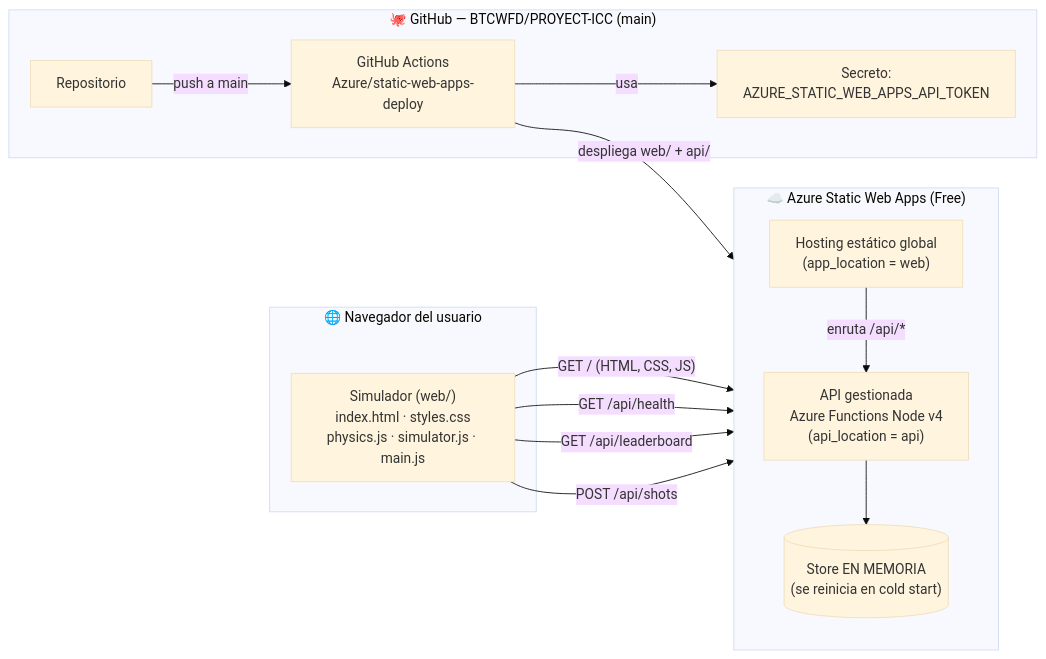
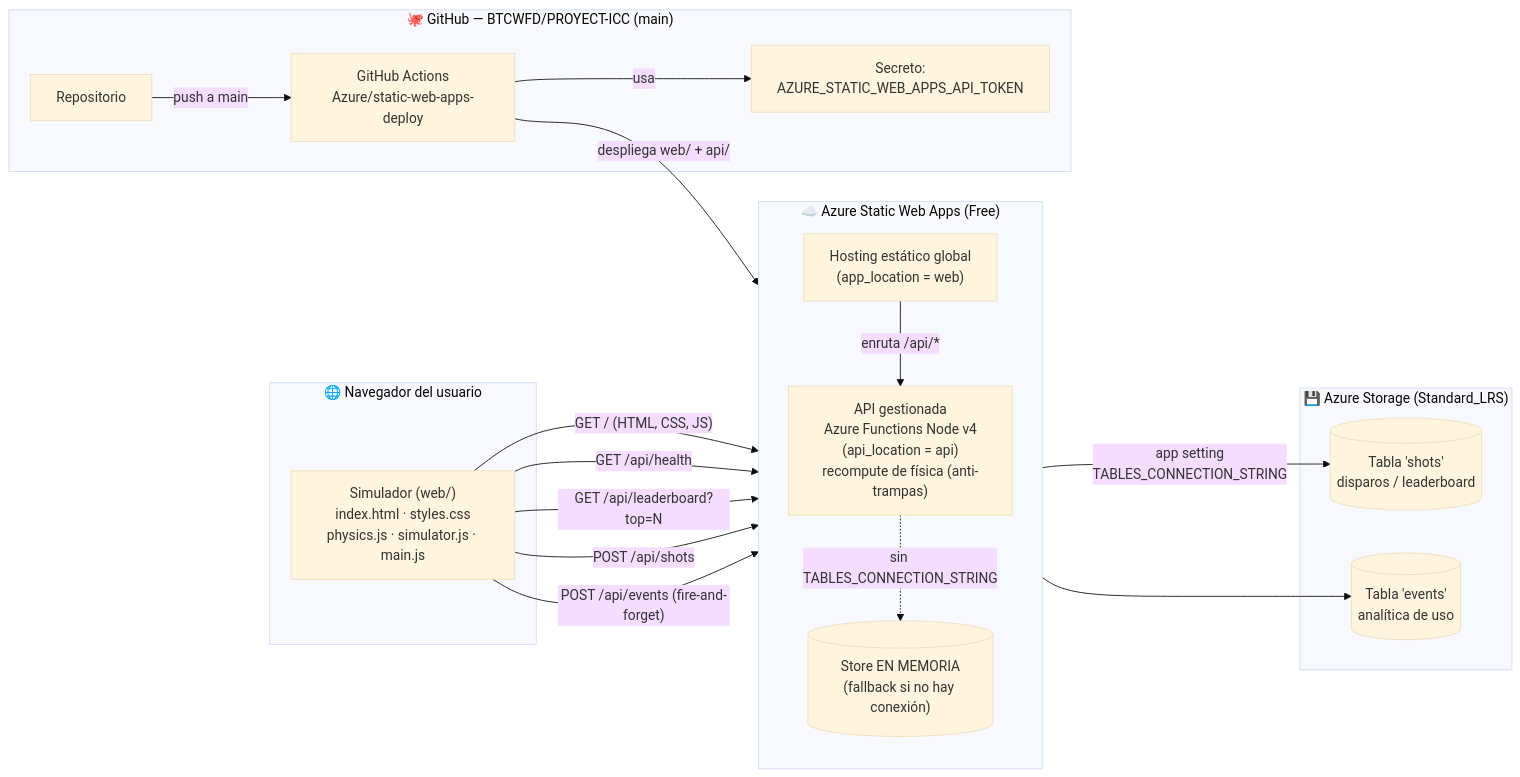
Before and after one commit to BTCWFD/PROYECT-ICC: the diagram in docs/ARCHITECTURE.md, drawn with Mermaid (base theme). The commit also changed other lines of this file and 15 other files, not shown here.

First line of the commit message:
Lote 2: persistencia Table Storage, anti-trampas, analitica y compartir

````diff
--- a/docs/ARCHITECTURE.md
+++ b/docs/ARCHITECTURE.md
@@ -26,30 +39,39 @@
 ```mermaid
 flowchart LR
     subgraph Cliente["🌐 Navegador del usuario"]
         UI["Simulador (web/)<br/>index.html · styles.css<br/>physics.js · simulator.js · main.js"]
     end
 
     subgraph SWA["☁️ Azure Static Web Apps (Free)"]
         direction TB
         CDN["Hosting estático global<br/>(app_location = web)"]
-        FUNC["API gestionada<br/>Azure Functions Node v4<br/>(api_location = api)"]
-        STORE[("Store EN MEMORIA<br/>(se reinicia en cold start)")]
+        FUNC["API gestionada<br/>Azure Functions Node v4<br/>(api_location = api)<br/>recompute de física (anti-trampas)"]
+        MEM[("Store EN MEMORIA<br/>(fallback si no hay conexión)")]
+        FUNC -.->|"sin TABLES_CONNECTION_STRING"| MEM
         CDN -->|enruta /api/*| FUNC
-        FUNC --> STORE
+    end
+
+    subgraph STG["💾 Azure Storage (Standard_LRS)"]
+        TSHOTS[("Tabla 'shots'<br/>disparos / leaderboard")]
+        TEVENTS[("Tabla 'events'<br/>analítica de uso")]
     end
 
     subgraph GH["🐙 GitHub — BTCWFD/PROYECT-ICC (main)"]
         REPO["Repositorio"]
         GHA["GitHub Actions<br/>Azure/static-web-apps-deploy"]
         SECRET["Secreto:<br/>AZURE_STATIC_WEB_APPS_API_TOKEN"]
     end
 
     UI -->|"GET / (HTML, CSS, JS)"| CDN
     UI -->|"GET /api/health"| FUNC
-    UI -->|"GET /api/leaderboard"| FUNC
+    UI -->|"GET /api/leaderboard?top=N"| FUNC
     UI -->|"POST /api/shots"| FUNC
+    UI -->|"POST /api/events (fire-and-forget)"| FUNC
+
+    FUNC -->|"app setting<br/>TABLES_CONNECTION_STRING"| TSHOTS
+    FUNC --> TEVENTS
 
     REPO -->|push a main| GHA
     GHA -->|usa| SECRET
     GHA -->|"despliega web/ + api/"| SWA
 ```
````
